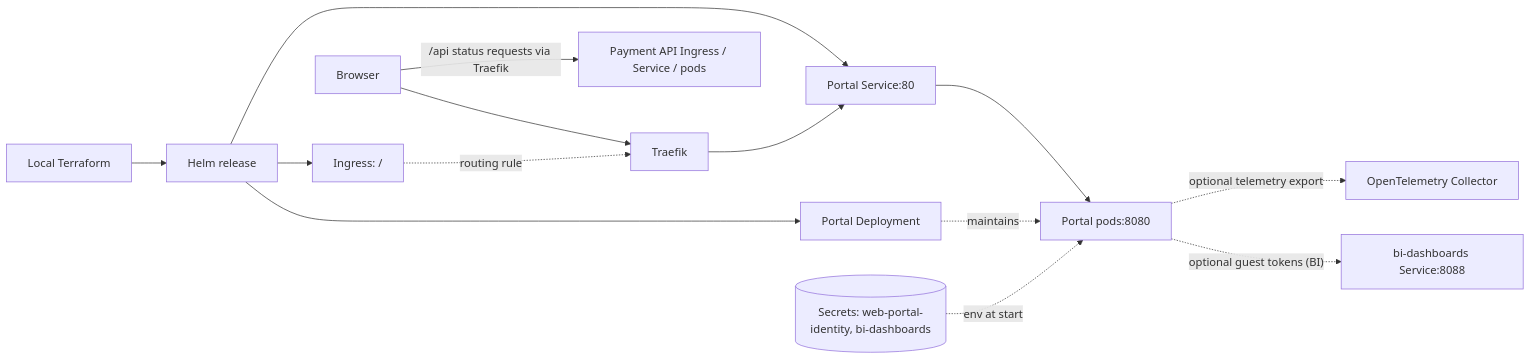
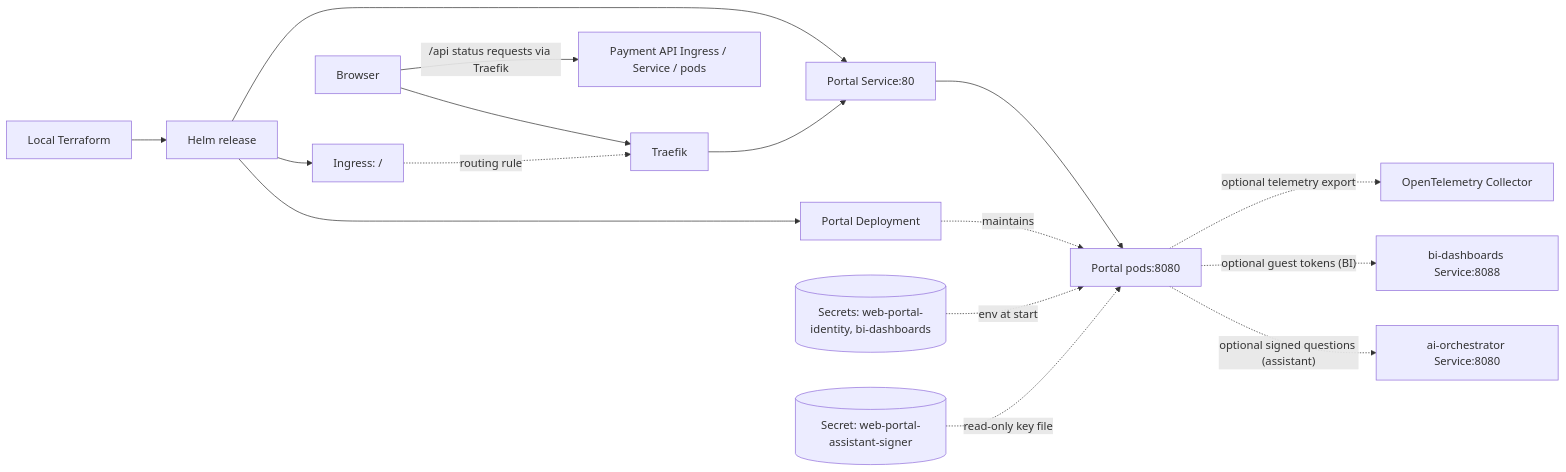
The second of 2 diagrams in modules/web-portal/chart/README.md (varunpathania86/realtime-payment-platform), drawn with Mermaid before and after one commit. The commit also changed other lines of this file and 142 other files, not shown here.

````diff
--- a/modules/web-portal/chart/README.md
+++ b/modules/web-portal/chart/README.md
@@ -37,15 +38,17 @@
 ```mermaid
 flowchart LR
     TF["Local Terraform"] --> H["Helm release"]
     H --> D["Portal Deployment"]
     H --> I["Ingress: /"]
     H --> S["Portal Service:80"]
     B["Browser"] --> T["Traefik"]
     I -. "routing rule" .-> T
     T --> S --> P["Portal pods:8080"]
     D -. "maintains" .-> P
     B -- "/api status requests via Traefik" --> A["Payment API Ingress / Service / pods"]
     P -. "optional telemetry export" .-> O["OpenTelemetry Collector"]
     P -. "optional guest tokens (BI)" .-> SS["bi-dashboards Service:8088"]
+    P -. "optional signed questions (assistant)" .-> AO["ai-orchestrator Service:8080"]
     K[("Secrets: web-portal-identity, bi-dashboards")] -. "env at start" .-> P
+    KS[("Secret: web-portal-assistant-signer")] -. "read-only key file" .-> P
 ```
````
